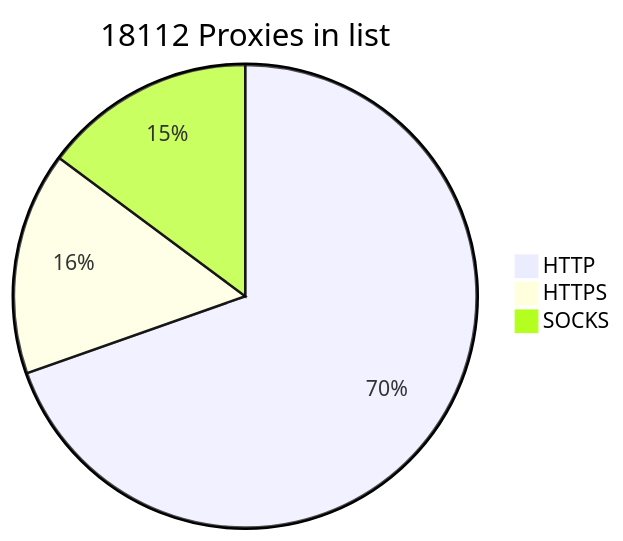
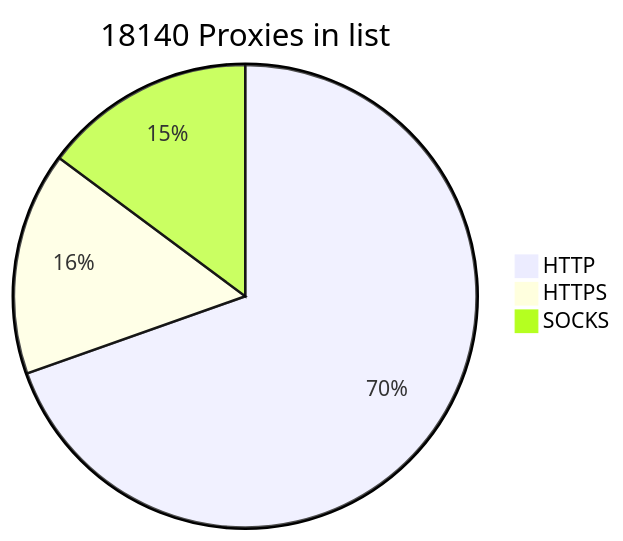
The diagram in README.md (BlackSnowDot/proxylist-update-every-minute), drawn with Mermaid before and after one commit.

````diff
--- a/README.md
+++ b/README.md
@@ -2,6 +2,6 @@
 ```mermaid
-pie title 18112 Proxies in list
-    "HTTP" : 13600
-    "HTTPS": 3040
-    "SOCKS" : 2897
+pie title 18140 Proxies in list
+    "HTTP" : 13617
+    "HTTPS": 3049
+    "SOCKS" : 2901
 ```
````
